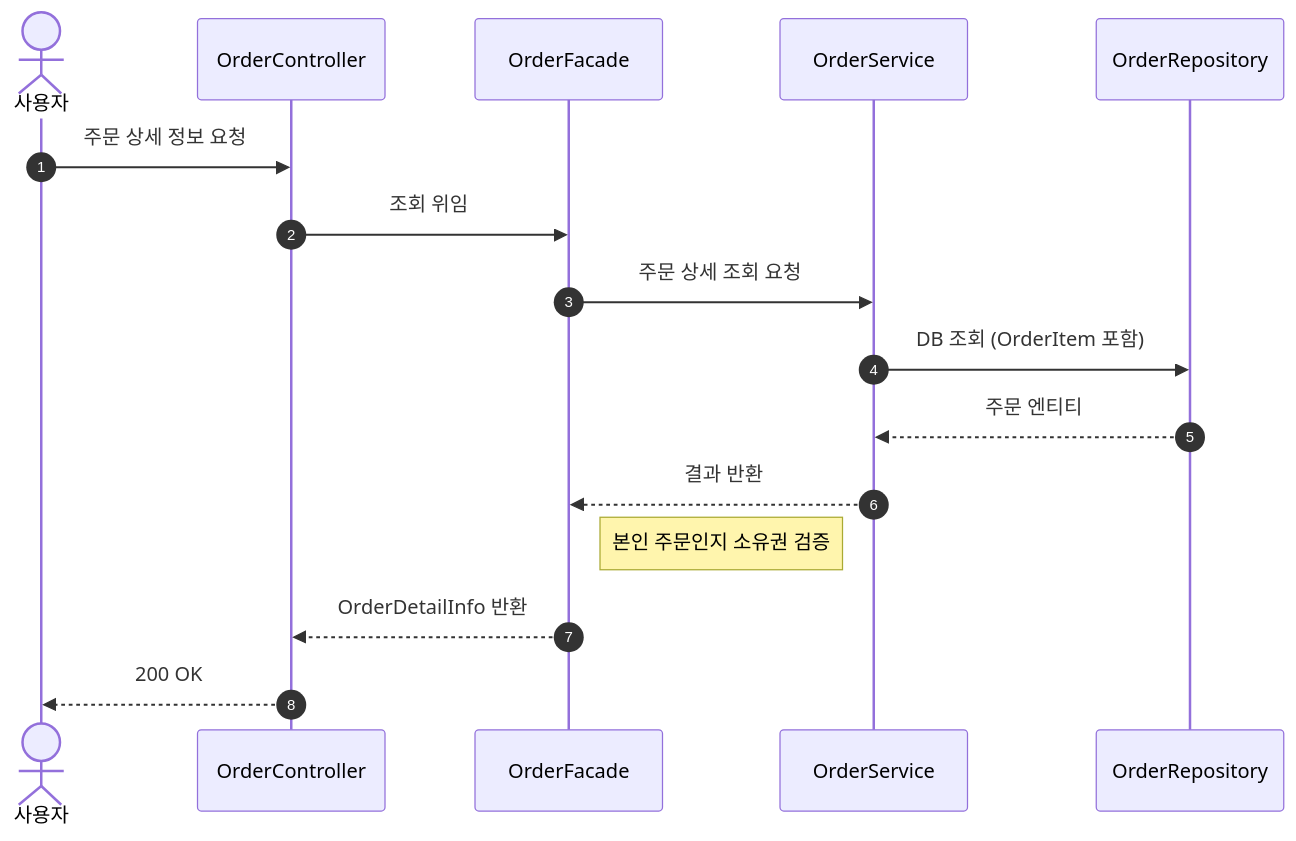
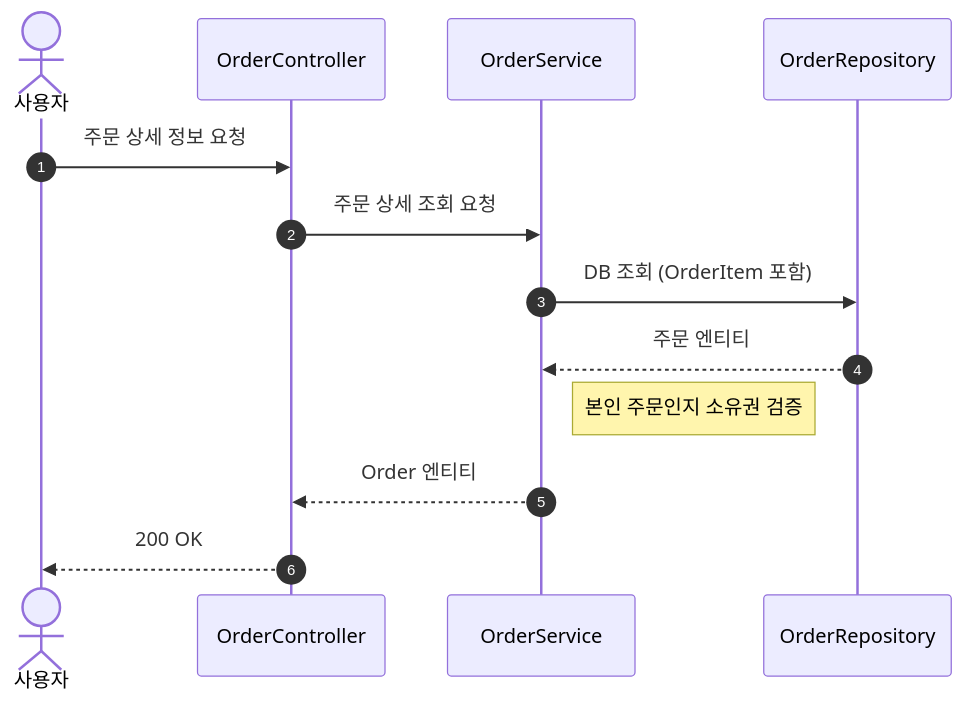
Before and after one commit to Loopers-dev-lab/loop-pack-be-l2-vol3-kotlin: diagram 19 of 21 in docs/design-v2/02-sequence-diagrams-v2.md, drawn with Mermaid. The commit also changed other lines of this file and 6 other files, not shown here.

First line of the commit message:
docs: v2 설계 문서 2차 리뷰 반영 — 6건 이슈 해소, 플로우차트·마인드맵 추가

````diff
--- a/docs/design-v2/02-sequence-diagrams-v2.md
+++ b/docs/design-v2/02-sequence-diagrams-v2.md
@@ -576,18 +545,15 @@
 ```mermaid
 sequenceDiagram
     autonumber
     actor User as 사용자
     participant C as OrderController
-    participant F as OrderFacade
     participant OS as OrderService
     participant R as OrderRepository
     User ->> C: 주문 상세 정보 요청
-    C ->> F: 조회 위임
-    F ->> OS: 주문 상세 조회 요청
+    C ->> OS: 주문 상세 조회 요청
     OS ->> R: DB 조회 (OrderItem 포함)
     R -->> OS: 주문 엔티티
-    OS -->> F: 결과 반환
-    Note right of F: 본인 주문인지 소유권 검증
-    F -->> C: OrderDetailInfo 반환
+    Note right of OS: 본인 주문인지 소유권 검증
+    OS -->> C: Order 엔티티
     C -->> User: 200 OK
 ```
````
